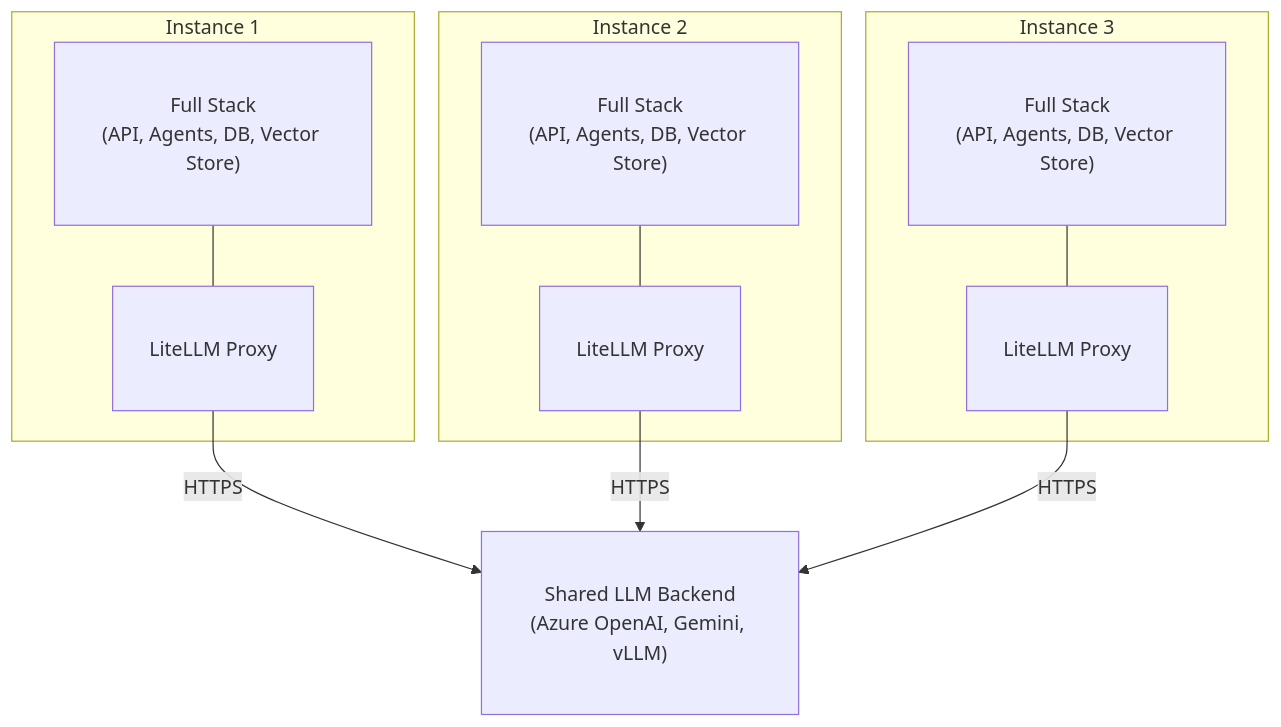
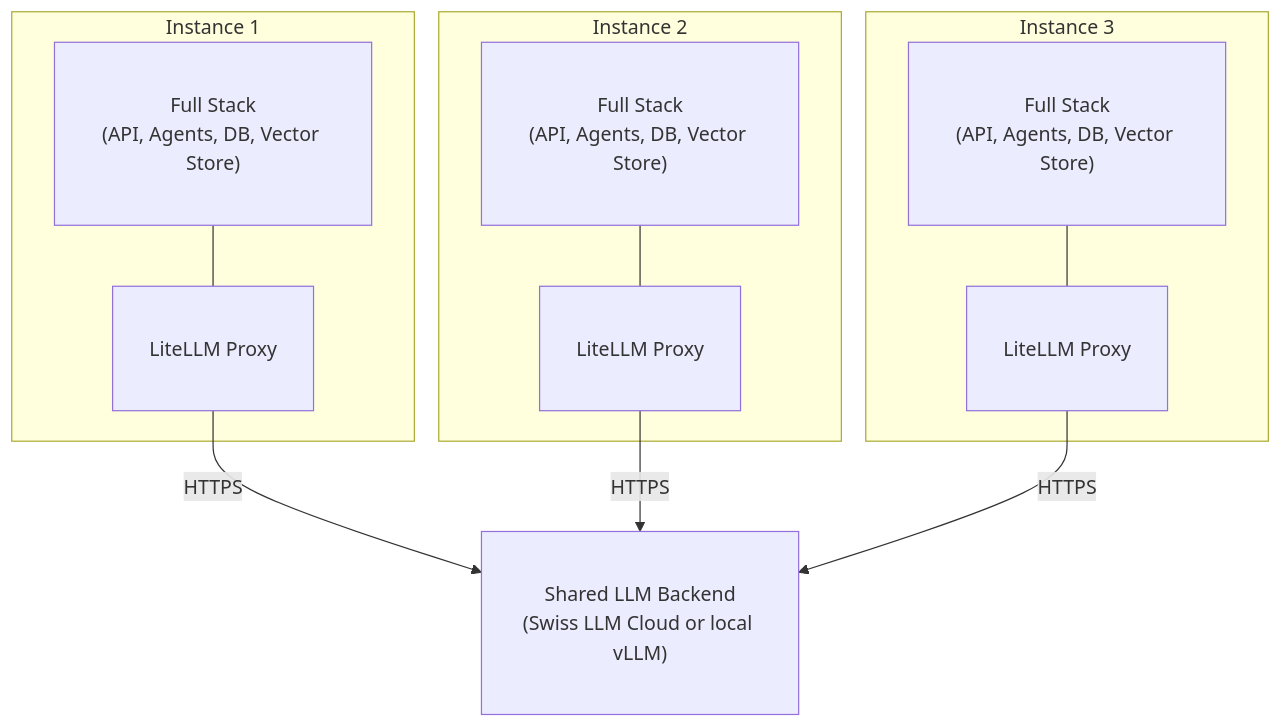
One commit to bbvch-ai/aihub-core changed the second of 2 diagrams in aihub_doc/docs/2_platform/3_deployment_guide/1_deployment_options/index.en.md. Above: the diagram before and after it, drawn with Mermaid. The commit also changed other lines of this file and 31 other files, not shown here.

First line of the commit message:
feat(aihub): Replace Azure OpenAI with Swiss LLM Cloud, revamp dual-mode inference setup

````diff
--- a/aihub_doc/docs/2_platform/3_deployment_guide/1_deployment_options/index.en.md
+++ b/aihub_doc/docs/2_platform/3_deployment_guide/1_deployment_options/index.en.md
@@ -234,28 +232,28 @@
 ```mermaid
 graph TB
-    Backend["Shared LLM Backend<br/>(Azure OpenAI, Gemini, vLLM)"]
+    Backend["Shared LLM Backend<br/>(Swiss LLM Cloud or local vLLM)"]
 
     subgraph Instance1["Instance 1"]
         I1Stack["Full Stack<br/>(API, Agents, DB, Vector Store)"]
         I1Proxy["LiteLLM Proxy"]
         I1Stack --- I1Proxy
     end
 
     subgraph Instance2["Instance 2"]
         I2Stack["Full Stack<br/>(API, Agents, DB, Vector Store)"]
         I2Proxy["LiteLLM Proxy"]
         I2Stack --- I2Proxy
     end
 
     subgraph Instance3["Instance 3"]
         I3Stack["Full Stack<br/>(API, Agents, DB, Vector Store)"]
         I3Proxy["LiteLLM Proxy"]
         I3Stack --- I3Proxy
     end
 
     I1Proxy -->|HTTPS| Backend
     I2Proxy -->|HTTPS| Backend
     I3Proxy -->|HTTPS| Backend
 
     classDef default font-size:16px,padding:20px
 ```
````
